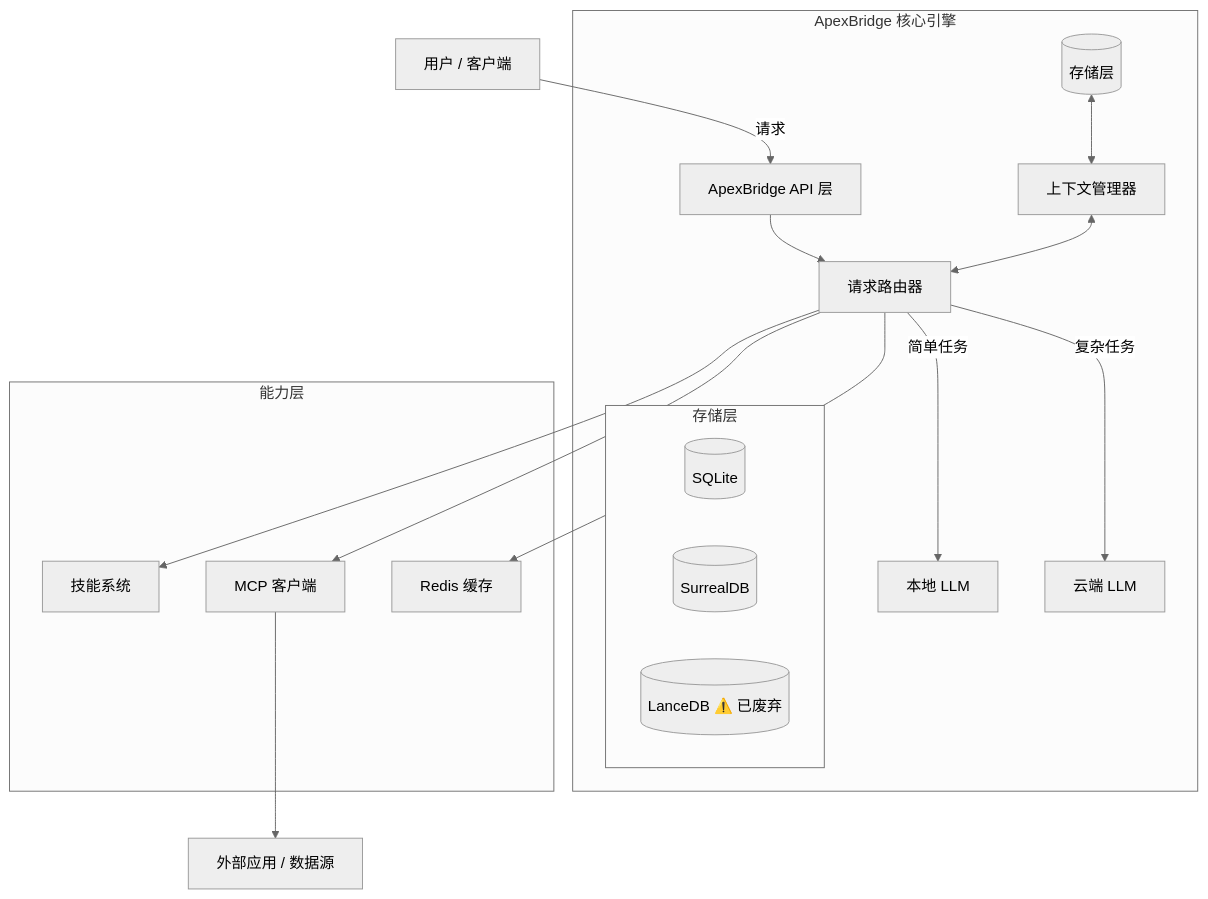
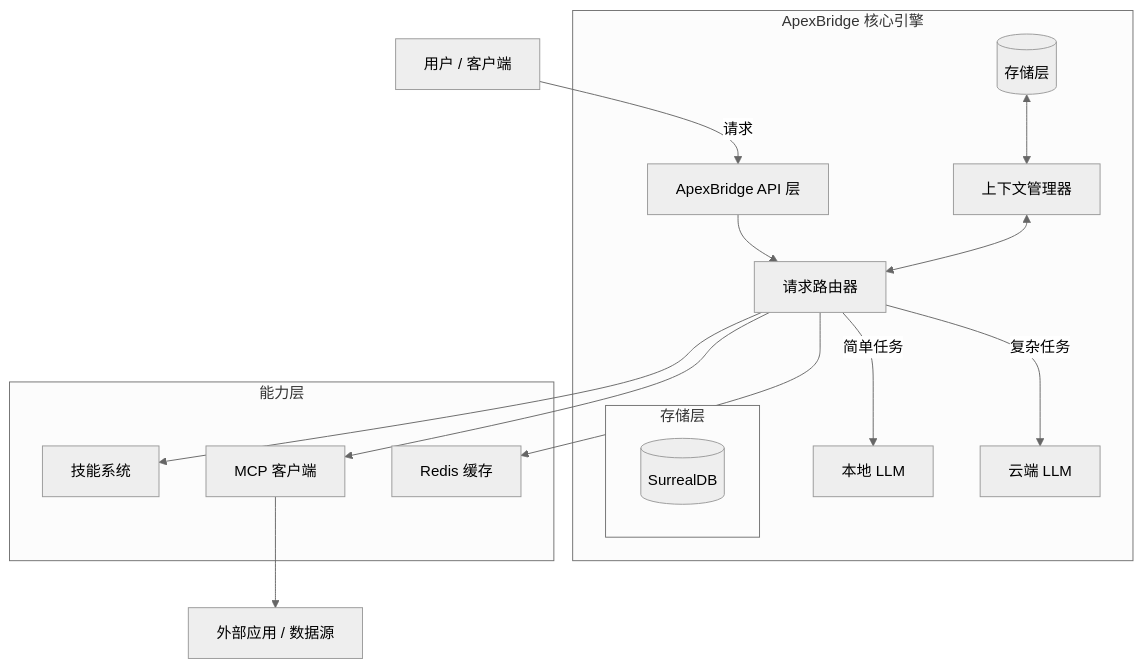
One commit to suntianc/apex-bridge changed the diagram in README.md. Above: the diagram before and after it, drawn with Mermaid (neutral theme). The commit also changed other lines of this file and 77 other files, not shown here.

````diff
--- a/README.md
+++ b/README.md
@@ -61,30 +61,28 @@
 ```mermaid
 graph TD
     User[用户 / 客户端] -->|请求| API[ApexBridge API 层]
 
     subgraph "ApexBridge 核心引擎"
         API --> Router[请求路由器]
         Router -->|简单任务| LocalLLM[本地 LLM]
         Router -->|复杂任务| CloudLLM[云端 LLM]
 
         Context[上下文管理器] <--> Router
         Storage[(存储层)] <--> Context
 
         subgraph "存储层"
-            SQLite[(SQLite)]
             SurrealDB[(SurrealDB)]
-            LanceDB[(LanceDB ⚠️ 已废弃)]
         end
     end
 
     subgraph "能力层"
         Skills[技能系统]
         MCP[MCP 客户端]
         Cache[Redis 缓存]
     end
 
     Router --> Skills
     Router --> MCP
     Router --> Cache
     MCP --> External[外部应用 / 数据源]
 ```
````
